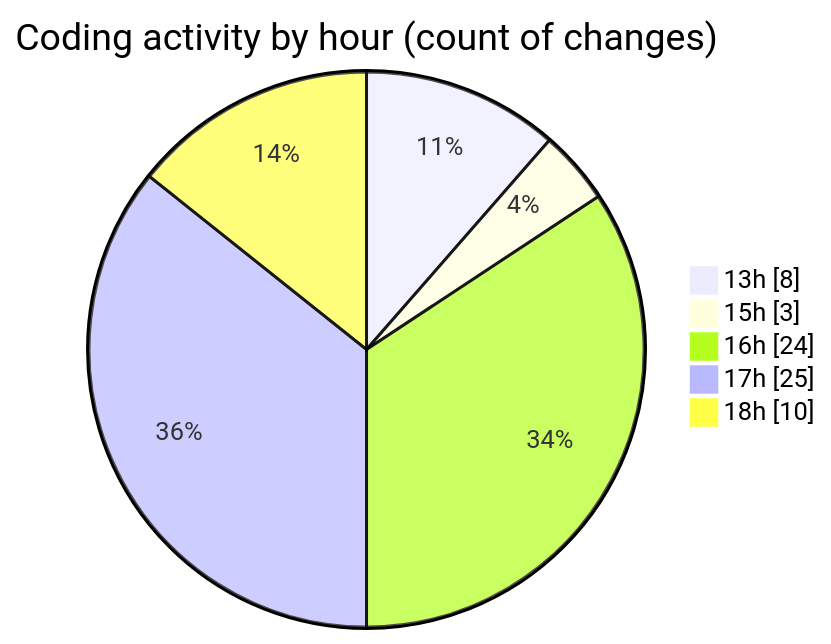
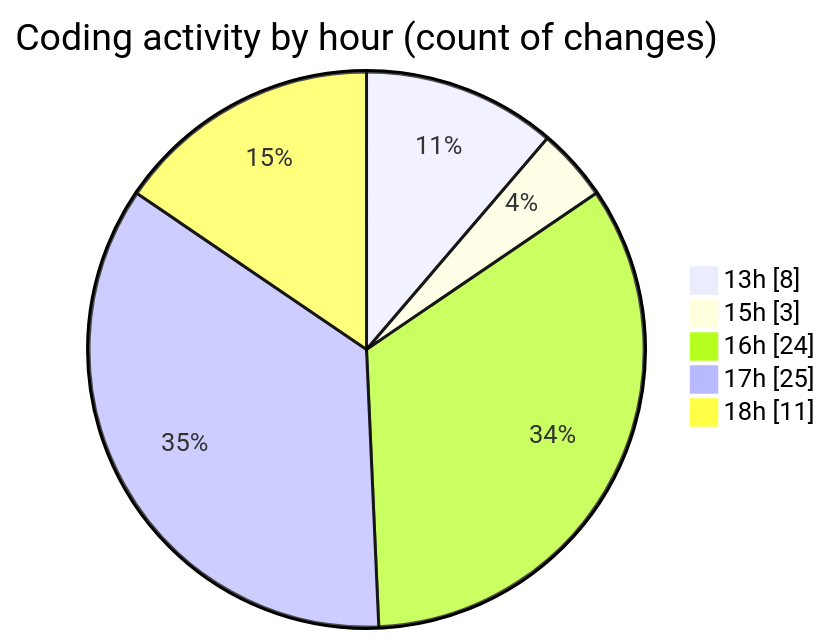
One commit to nxtqubesakshisongat/code-tracking changed the second of 2 diagrams in 2025-08-01/nxtqube_webapp/README.md. Above: the diagram before and after it, drawn with Mermaid. The commit also changed other lines of this file and 1 other file, not shown here.

````diff
--- a/2025-08-01/nxtqube_webapp/README.md
+++ b/2025-08-01/nxtqube_webapp/README.md
@@ -39,9 +39,9 @@
 ```mermaid
 pie showData
 title Coding activity by hour (count of changes)
 "13h" : 8
 "15h" : 3
 "16h" : 24
 "17h" : 25
-"18h" : 10
+"18h" : 11
 ```
````
